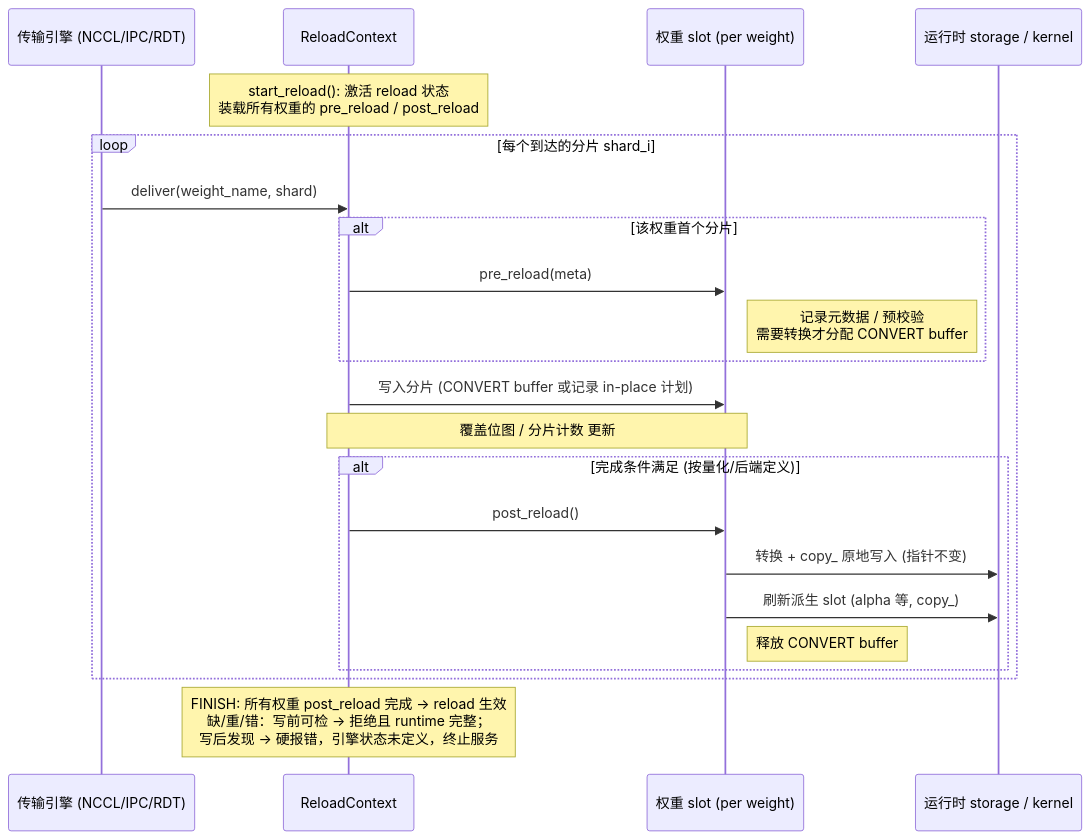
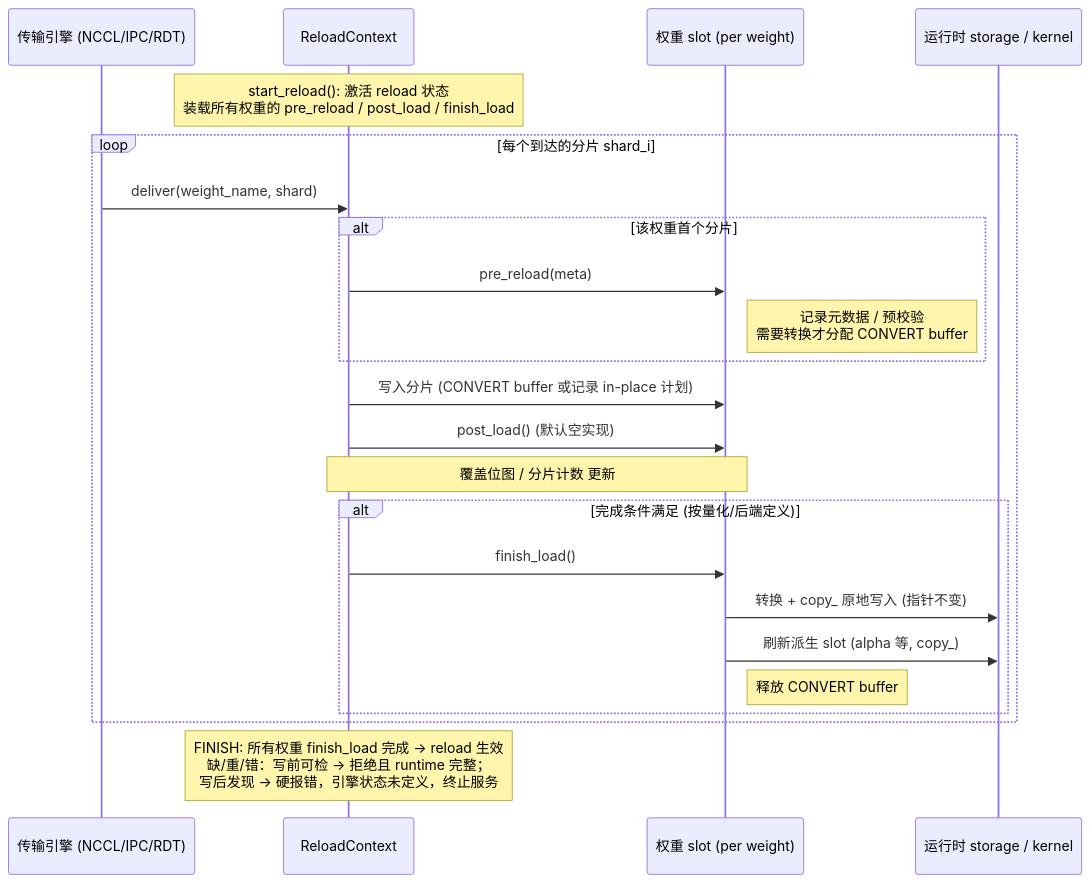
One commit to new-TonyWang/vllm changed the first of 2 diagrams in docs/design/weight-update/weight-reload-abstraction.md. Above: the diagram before and after it, drawn with Mermaid. The commit also changed other lines of this file and 12 other files, not shown here.

````diff
--- a/docs/design/weight-update/weight-reload-abstraction.md
+++ b/docs/design/weight-update/weight-reload-abstraction.md
@@ -158,25 +162,26 @@
 ```mermaid
 sequenceDiagram
     participant Engine as 传输引擎 (NCCL/IPC/RDT)
     participant Ctx as ReloadContext
     participant W as 权重 slot (per weight)
     participant RT as 运行时 storage / kernel
 
-    Note over Ctx: start_reload(): 激活 reload 状态<br/>装载所有权重的 pre_reload / post_reload
+    Note over Ctx: start_reload(): 激活 reload 状态<br/>装载所有权重的 pre_reload / post_load / finish_load
     loop 每个到达的分片 shard_i
         Engine->>Ctx: deliver(weight_name, shard)
         alt 该权重首个分片
             Ctx->>W: pre_reload(meta)
             Note right of W: 记录元数据 / 预校验<br/>需要转换才分配 CONVERT buffer
         end
         Ctx->>W: 写入分片 (CONVERT buffer 或记录 in-place 计划)
+        Ctx->>W: post_load() (默认空实现)
         Note over Ctx,W: 覆盖位图 / 分片计数 更新
         alt 完成条件满足 (按量化/后端定义)
-            Ctx->>W: post_reload()
+            Ctx->>W: finish_load()
             W->>RT: 转换 + copy_ 原地写入 (指针不变)
             W->>RT: 刷新派生 slot (alpha 等, copy_)
             Note right of W: 释放 CONVERT buffer
         end
     end
-    Note over Ctx: FINISH: 所有权重 post_reload 完成 → reload 生效<br/>缺/重/错：写前可检 → 拒绝且 runtime 完整；<br/>写后发现 → 硬报错，引擎状态未定义，终止服务
+    Note over Ctx: FINISH: 所有权重 finish_load 完成 → reload 生效<br/>缺/重/错：写前可检 → 拒绝且 runtime 完整；<br/>写后发现 → 硬报错，引擎状态未定义，终止服务
 ```
````
